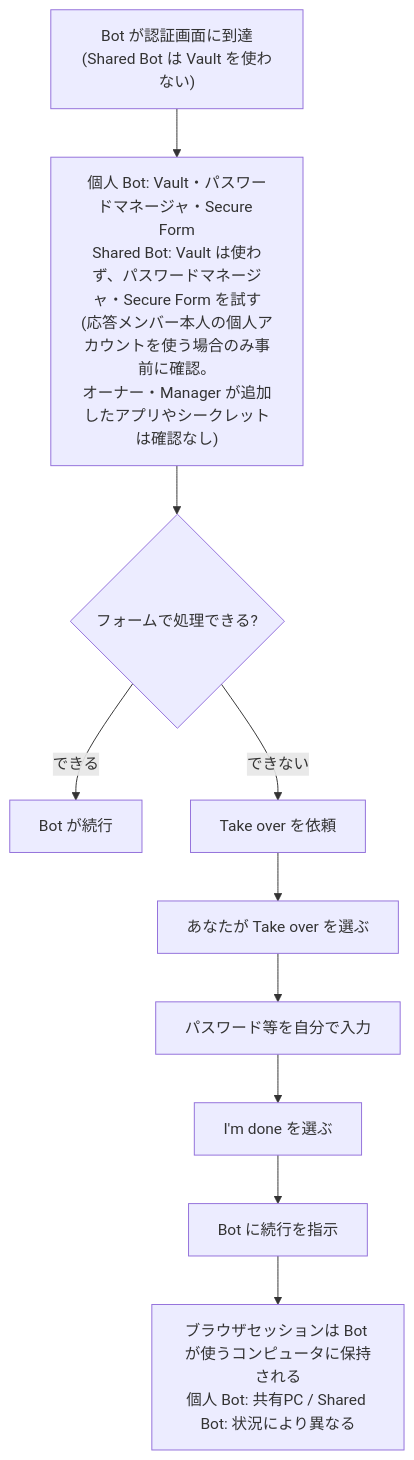
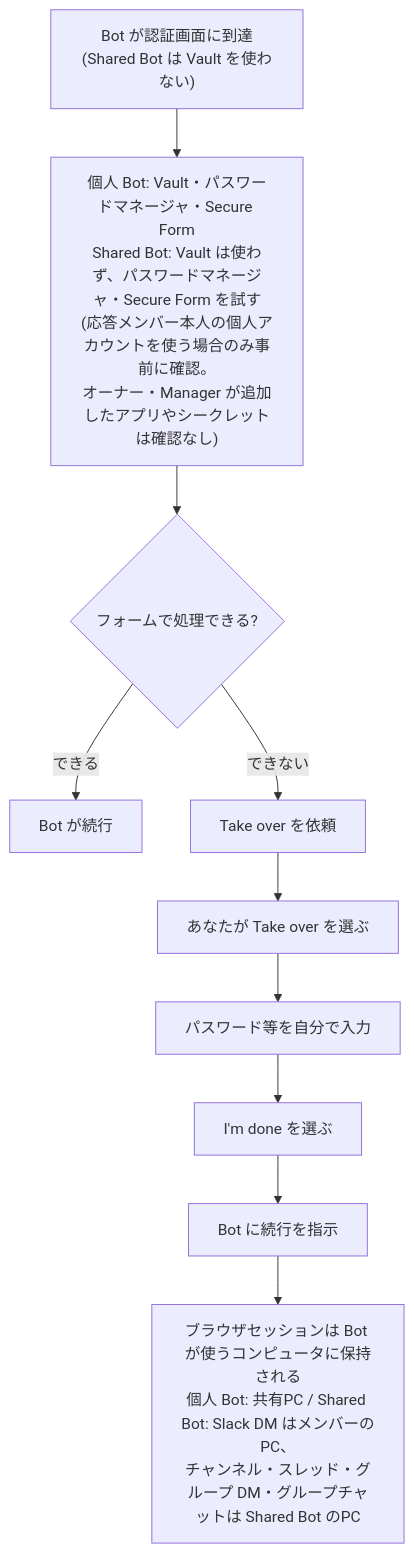
One commit to myoshi2891/Comparison-of-LLMs changed the fifth of 11 diagrams in Xai-grok-bot-guide.md. Above: the diagram before and after it, drawn with Mermaid. The commit also changed other lines of this file and 1 other file, not shown here.

Commit message:
docs(guides): clarify dots Slack monitoring setup and Grok Shared Bot session storage
- dots: Slack の監視は繰り返しタスクを必須とせず、監視するチャンネルとイベントを指定し、
  作成されたタスクの条件と状態を確認する記述へ(トラブルシュート表も同期)
- Grok Bot: Slack DM はメンバーのコンピュータ、チャンネル・スレッド・グループ DM・
  グループチャットは Shared Bot のコンピュータ。フローチャートの要約も同期し、
  プライバシー設定による例外の注記は維持

````diff
--- a/Xai-grok-bot-guide.md
+++ b/Xai-grok-bot-guide.md
@@ -334,12 +334,12 @@
 ```mermaid
 flowchart TD
     A["Bot が認証画面に到達<br/>(Shared Bot は Vault を使わない)"] --> V["個人 Bot: Vault・パスワードマネージャ・Secure Form<br/>Shared Bot: Vault は使わず、パスワードマネージャ・Secure Form を試す<br/>(応答メンバー本人の個人アカウントを使う場合のみ事前に確認。<br/>オーナー・Manager が追加したアプリやシークレットは確認なし)"]
     V --> Q{"フォームで処理できる?"}
     Q -- "できる" --> OK["Bot が続行"]
     Q -- "できない" --> B["Take over を依頼"]
     B --> C["あなたが Take over を選ぶ"]
     C --> D["パスワード等を自分で入力"]
     D --> E["I'm done を選ぶ"]
     E --> F["Bot に続行を指示"]
-    F --> G["ブラウザセッションは Bot が使うコンピュータに保持される<br/>個人 Bot: 共有PC / Shared Bot: 状況により異なる"]
+    F --> G["ブラウザセッションは Bot が使うコンピュータに保持される<br/>個人 Bot: 共有PC / Shared Bot: Slack DM はメンバーのPC、<br/>チャンネル・スレッド・グループ DM・グループチャットは Shared Bot のPC"]
 ```
````
